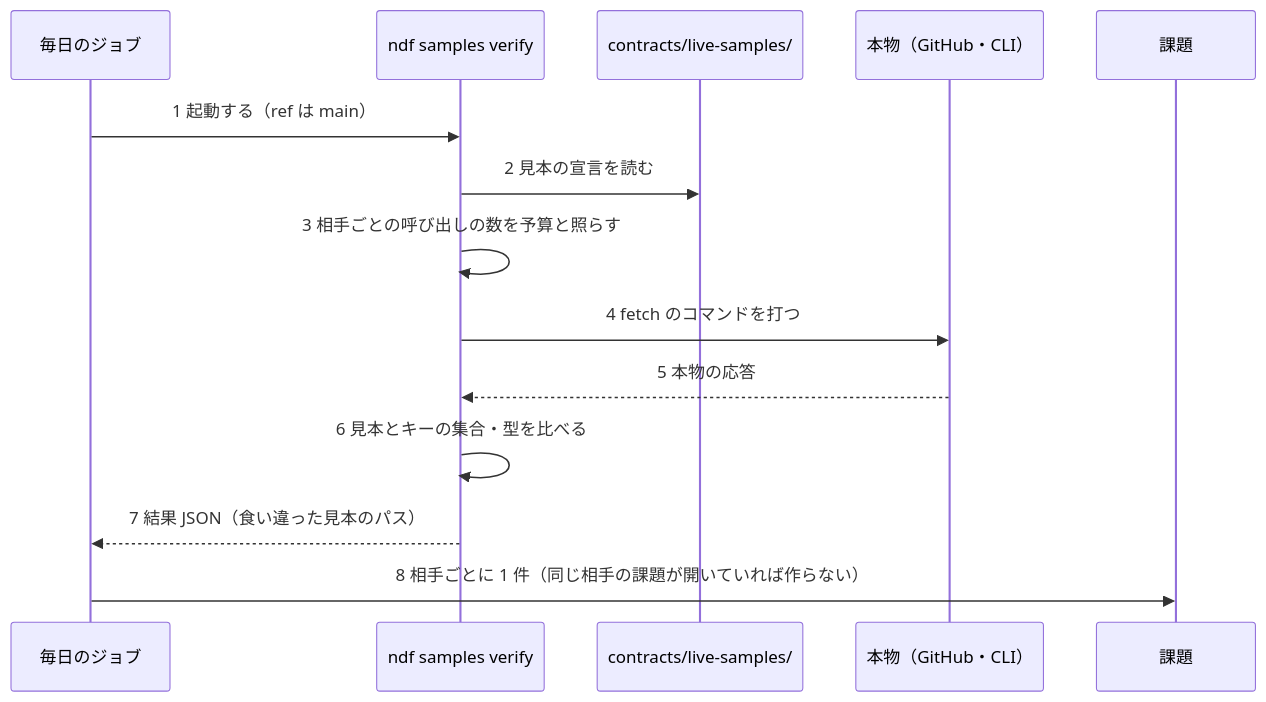
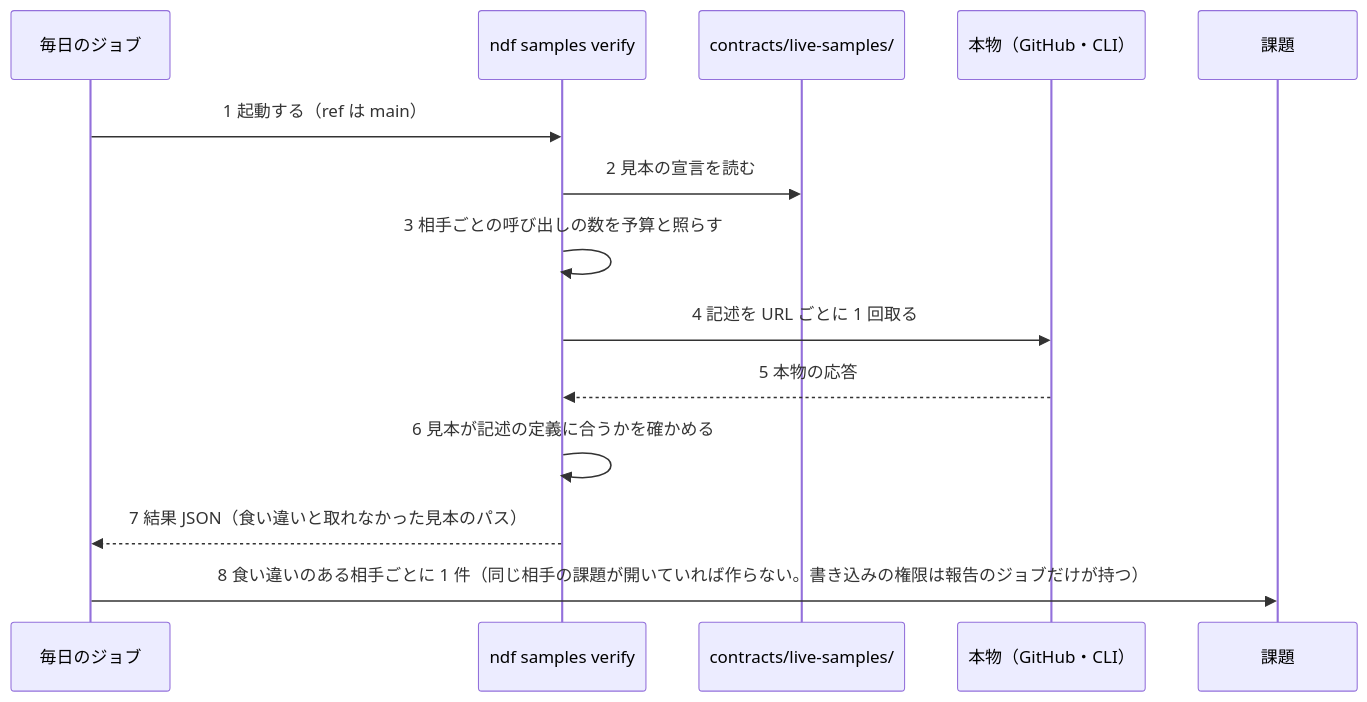
Before and after one commit to devbasex/ai-plugins: the fourth of 5 diagrams in issues/issue-3687-design.md, drawn with Mermaid. The commit also changed other lines of this file and 4 other files, not shown here.

````diff
--- a/issues/issue-3687-design.md
+++ b/issues/issue-3687-design.md
@@ -254,16 +265,16 @@
 ```mermaid
 sequenceDiagram
   participant D as 毎日のジョブ
   participant V as ndf samples verify
   participant C as contracts/live-samples/
   participant R as 本物（GitHub・CLI）
   participant G as 課題
   D->>V: 1 起動する（ref は main）
   V->>C: 2 見本の宣言を読む
   V->>V: 3 相手ごとの呼び出しの数を予算と照らす
-  V->>R: 4 fetch のコマンドを打つ
+  V->>R: 4 記述を URL ごとに 1 回取る
   R-->>V: 5 本物の応答
-  V->>V: 6 見本とキーの集合・型を比べる
-  V-->>D: 7 結果 JSON（食い違った見本のパス）
-  D->>G: 8 相手ごとに 1 件（同じ相手の課題が開いていれば作らない）
+  V->>V: 6 見本が記述の定義に合うかを確かめる
+  V-->>D: 7 結果 JSON（食い違いと取れなかった見本のパス）
+  D->>G: 8 食い違いのある相手ごとに 1 件（同じ相手の課題が開いていれば作らない。書き込みの権限は報告のジョブだけが持つ）
 ```
````
